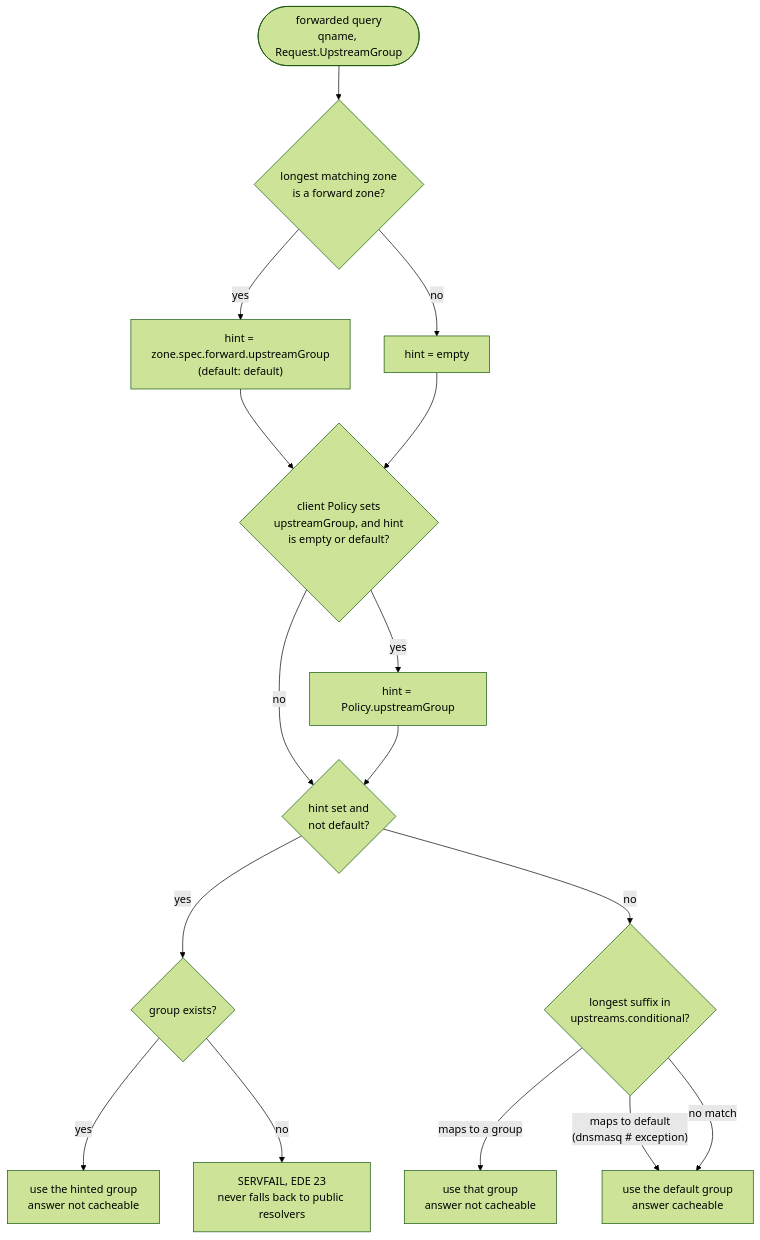
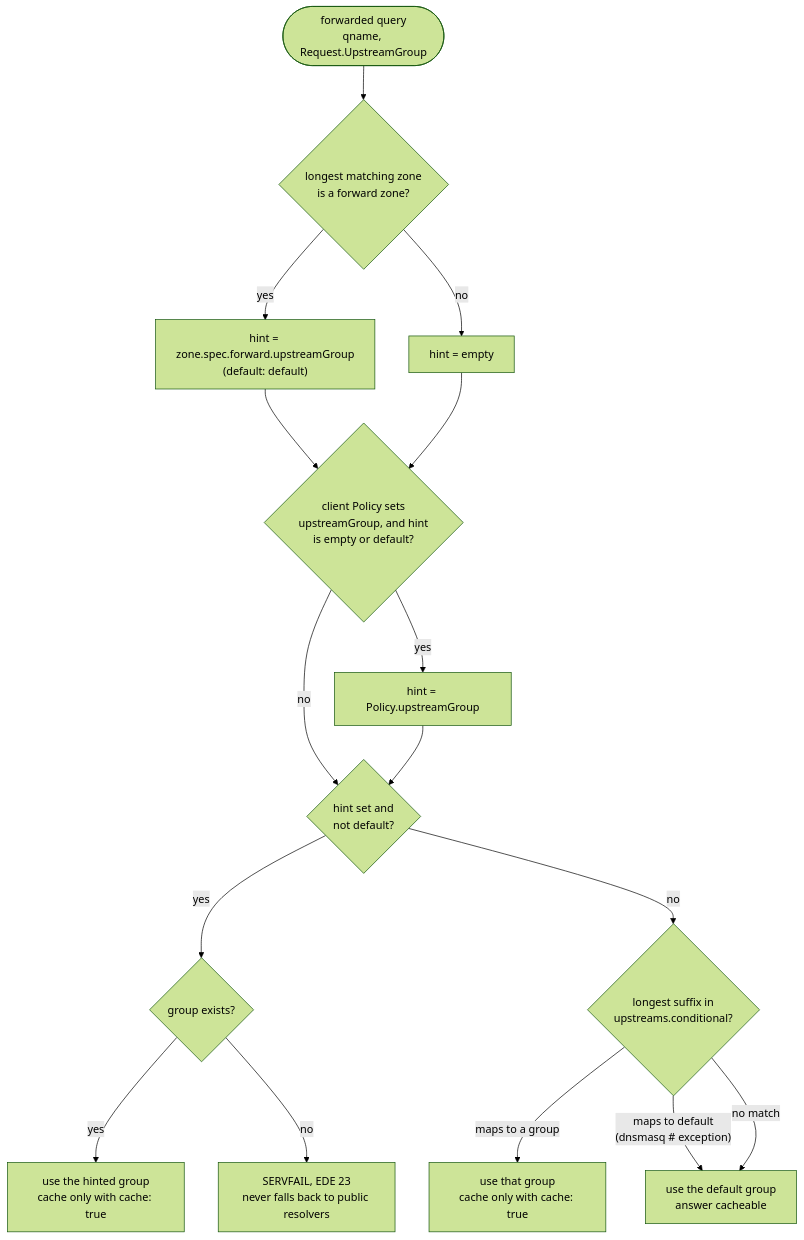
One commit to robertherbaugh/kudurru changed the second of 13 diagrams in docs/architecture/upstreams-and-cache.md. Above: the diagram before and after it, drawn with Mermaid (forest theme). The commit also changed other lines of this file and 25 other files, not shown here.

````diff
--- a/docs/architecture/upstreams-and-cache.md
+++ b/docs/architecture/upstreams-and-cache.md
@@ -66,18 +66,18 @@
 ```mermaid
 flowchart TD
     Q(["forwarded query<br/>qname, Request.UpstreamGroup"]) --> FZ{"longest matching zone<br/>is a forward zone?"}
     FZ -- "yes" --> FG["hint = zone.spec.forward.upstreamGroup<br/>(default: default)"]
     FZ -- "no" --> NOH["hint = empty"]
     FG --> POL
     NOH --> POL{"client Policy sets<br/>upstreamGroup, and hint<br/>is empty or default?"}
     POL -- "yes" --> PG["hint = Policy.upstreamGroup"]
     POL -- "no" --> R
     PG --> R{"hint set and<br/>not default?"}
     R -- "yes" --> KNOWN{"group exists?"}
-    KNOWN -- "yes" --> USE["use the hinted group<br/>answer not cacheable"]
+    KNOWN -- "yes" --> USE["use the hinted group<br/>cache only with cache: true"]
     KNOWN -- "no" --> SF["SERVFAIL, EDE 23<br/>never falls back to public resolvers"]
     R -- "no" --> COND{"longest suffix in<br/>upstreams.conditional?"}
-    COND -- "maps to a group" --> CG["use that group<br/>answer not cacheable"]
+    COND -- "maps to a group" --> CG["use that group<br/>cache only with cache: true"]
     COND -- "maps to default<br/>(dnsmasq # exception)" --> DEF
     COND -- "no match" --> DEF["use the default group<br/>answer cacheable"]
 ```
````
